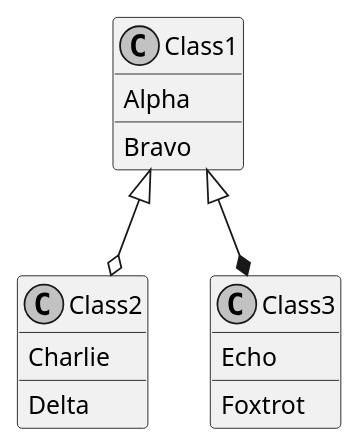
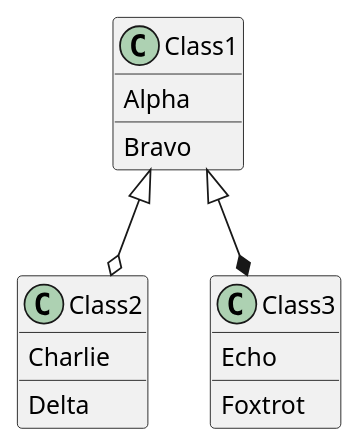
The sixth of 28 diagrams in README.src.md (joelparkerhenderson/plantuml-examples), drawn with PlantUML before and after one commit. The commit also changed other lines of this file, not shown here.

Commit message:
removing skinparam=mono since it is now the default

````diff
--- a/README.src.md
+++ b/README.src.md
@@ -84,24 +78,22 @@
 ```plantuml
-skinparam monochrome true
-
 ' If you want to hide the "C" circle, then uncomment this line:
 ' hide circle
 
 class Class1 {
   {field} Alpha
   {method} Bravo
 }
 
 class Class2 {
   {field} Charlie
   {method} Delta
 }
 
 class Class3 {
   {field} Echo
   {method} Foxtrot
 }
 
 Class1 <|--o Class2
 Class1 <|--* Class3
 ```
````
